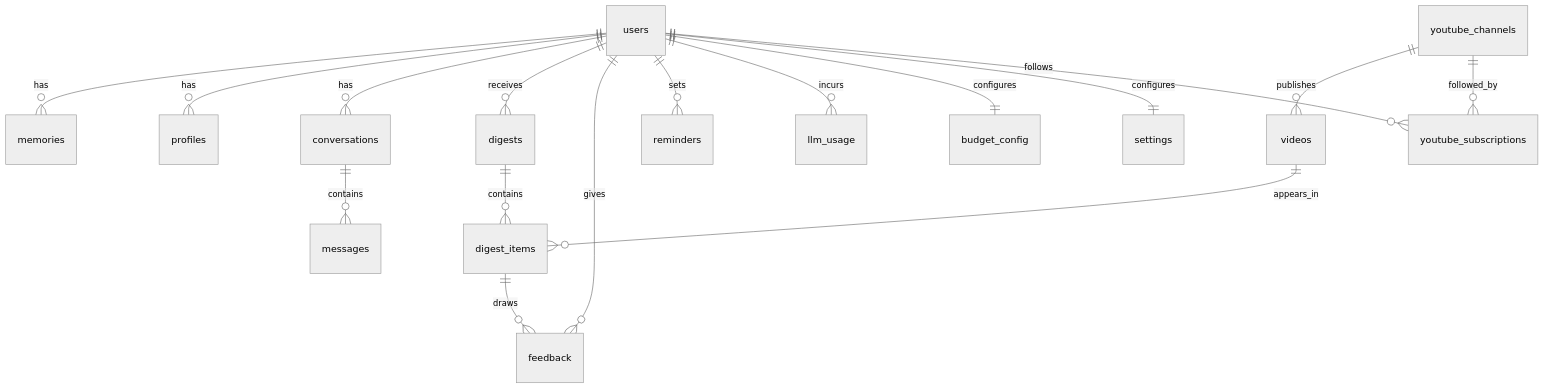
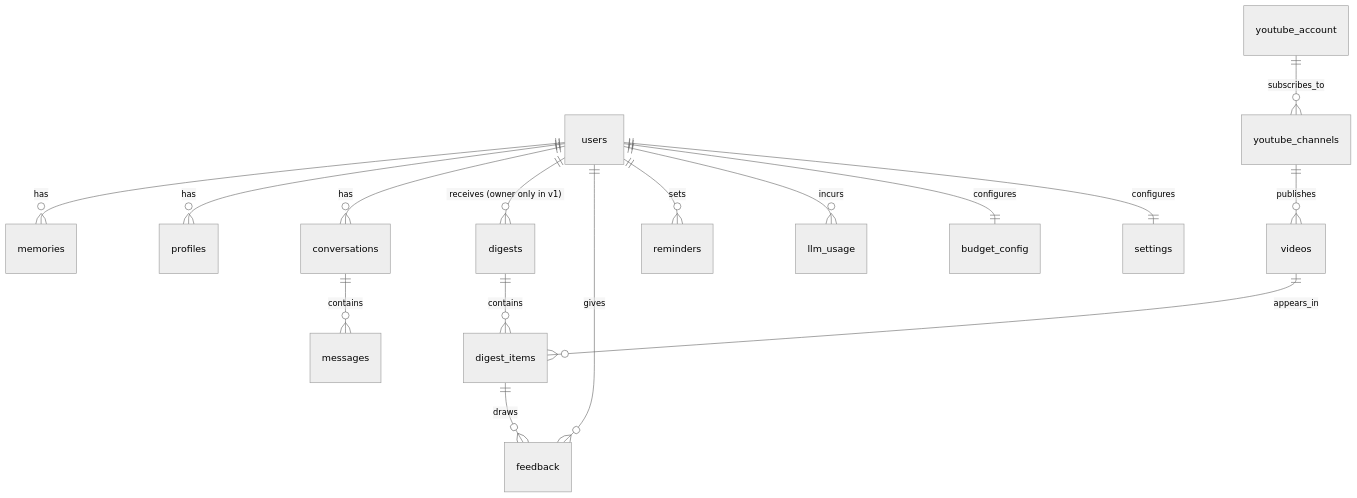
Before and after one commit to GagnatDev/aivo: the diagram in docs/data-model.md, drawn with Mermaid (neutral theme). The commit also changed other lines of this file, not shown here.

Commit message:
docs: Updated to reflect that YouTube data layer is a single-account feature for the owner

````diff
--- a/docs/data-model.md
+++ b/docs/data-model.md
@@ -27,19 +34,18 @@
 ```mermaid
 erDiagram
   users ||--o{ memories : has
   users ||--o{ profiles : has
   users ||--o{ conversations : has
   conversations ||--o{ messages : contains
-  users ||--o{ digests : receives
+  users ||--o{ digests : "receives (owner only in v1)"
   digests ||--o{ digest_items : contains
   videos ||--o{ digest_items : appears_in
+  youtube_account ||--o{ youtube_channels : subscribes_to
   youtube_channels ||--o{ videos : publishes
   digest_items ||--o{ feedback : draws
   users ||--o{ feedback : gives
   users ||--o{ reminders : sets
   users ||--o{ llm_usage : incurs
   users ||--|| budget_config : configures
   users ||--|| settings : configures
-  users ||--o{ youtube_subscriptions : follows
-  youtube_channels ||--o{ youtube_subscriptions : followed_by
 ```
````
